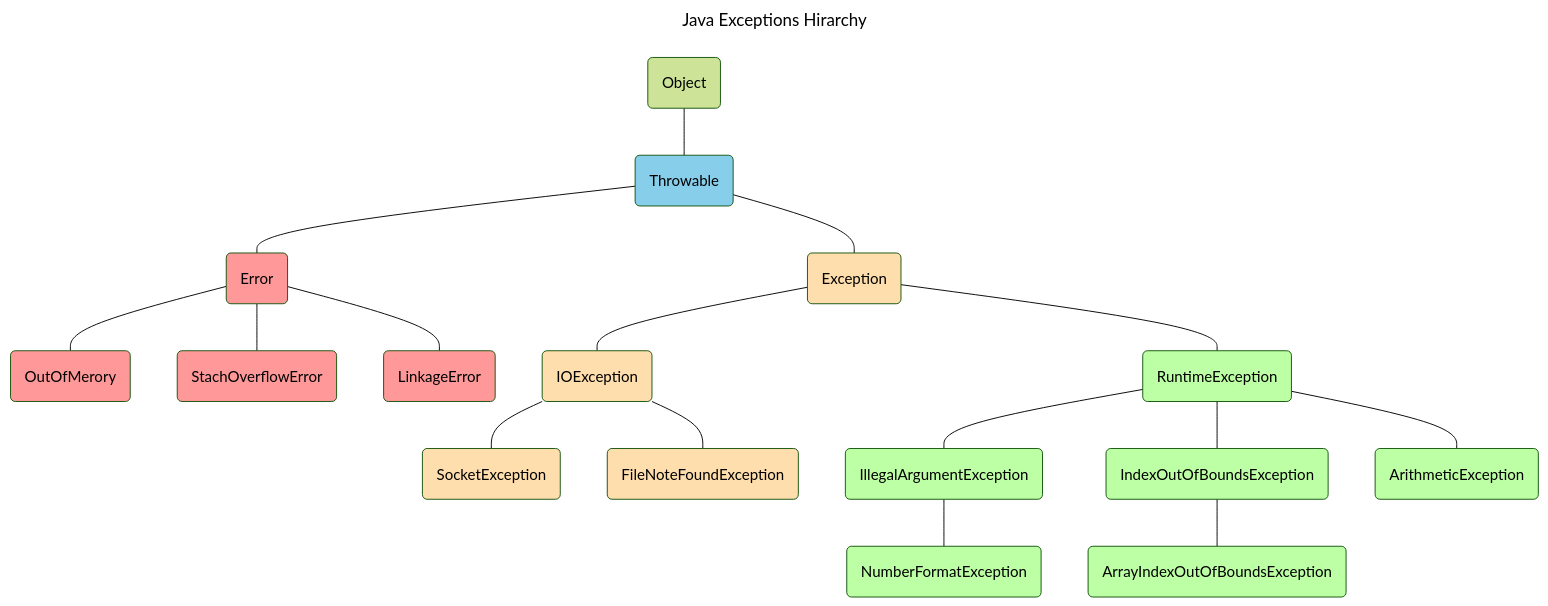
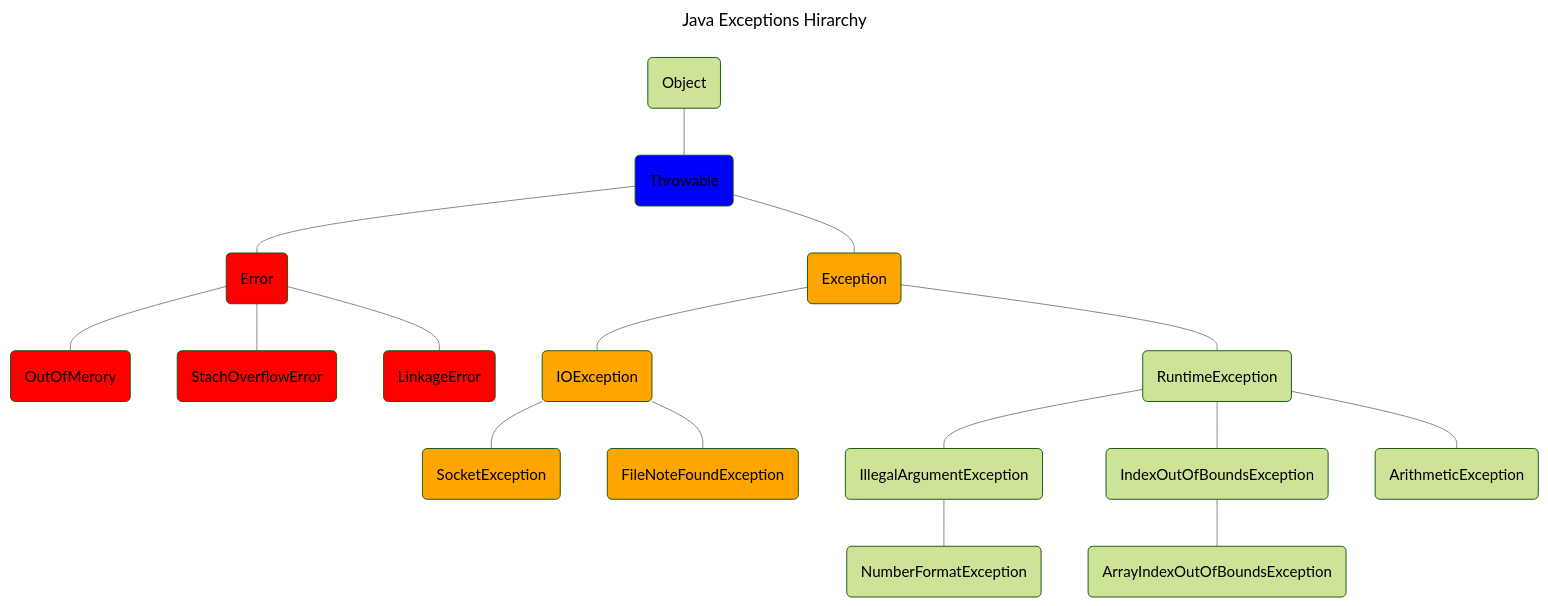
One commit to daverbk/jmc changed the diagram in 18-io/readme.md. Above: the diagram before and after it, drawn with Mermaid (forest theme).

Commit message:
Fix colors for exceptions chart

````diff
--- a/18-io/readme.md
+++ b/18-io/readme.md
@@ -5,50 +5,50 @@
 ```mermaid
 ---
 title: Java Exceptions Hirarchy
 ---
 graph TD
     0(Object)
     1(Throwable)
     2(Error)
     3(OutOfMerory)
     4(StachOverflowError)
     5(LinkageError)
     6(Exception)
     7(IOException)
     8(SocketException)
     9(FileNoteFoundException)
     10(RuntimeException)
     11(IllegalArgumentException)
     12(NumberFormatException)
     13(IndexOutOfBoundsException)
     14(ArrayIndexOutOfBoundsException)
     15(ArithmeticException)
     
     0 --- 1
     1 --- 6
     1 --- 2
     2 --- 3
     2 --- 4
     2 --- 5
     6 --- 7
     7 --- 8
     7 --- 9
     6 --- 10
     10 --- 11
     11 --- 12
     10 --- 13
     13 --- 14
     10 --- 15
     
-    classDef Red fill:#FF9999;
-    classDef Amber	fill:#FFDEAD;
-    classDef Green fill:#BDFFA4;
-    classDef Blue fill:#87CEEB, font-color:#000000;
+    classDef Red fill:#FF0000;
+    classDef Amber	fill:#FFA500;
+    classDef Green fill:#008000F;
+    classDef Blue fill:#0000FF;
 
     class 1 Blue;
     class 2,3,4,5 Red;
     class 10,11,12,13,14,15 Green;
     class 6,7,8,9 Amber;
 
-    linkStyle default fill: none, stroke: black;
+    linkStyle default fill: none, stroke: grey;
 ```
````
